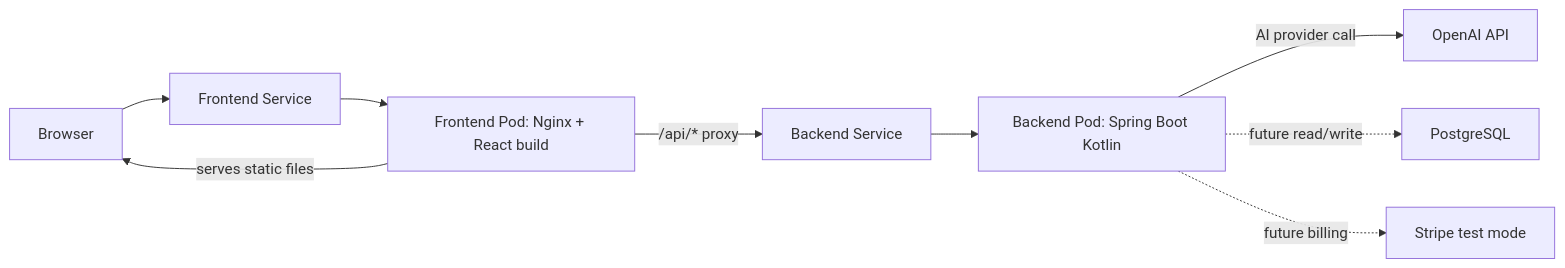
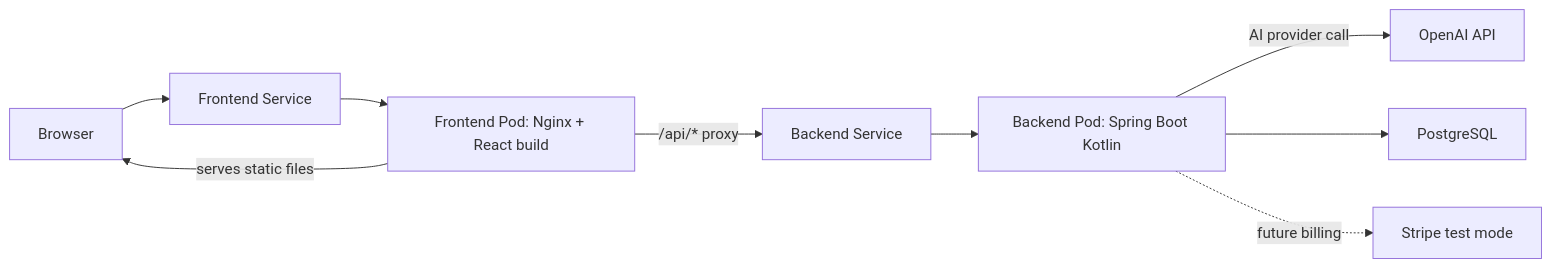
One commit to deepanrajj/ai-job-assistant changed the first of 3 diagrams in docs/infrastructure.md. Above: the diagram before and after it, drawn with Mermaid. The commit also changed other lines of this file and 11 other files, not shown here.

````diff
--- a/docs/infrastructure.md
+++ b/docs/infrastructure.md
@@ -7,11 +7,11 @@
 ```mermaid
 flowchart LR
   Browser["Browser"] --> FrontendService["Frontend Service"]
   FrontendService --> FrontendPod["Frontend Pod: Nginx + React build"]
   FrontendPod -->|"serves static files"| Browser
   FrontendPod -->|"/api/* proxy"| BackendService["Backend Service"]
   BackendService --> BackendPod["Backend Pod: Spring Boot Kotlin"]
   BackendPod -->|"AI provider call"| OpenAI["OpenAI API"]
-  BackendPod -. "future read/write" .-> Database["PostgreSQL"]
+  BackendPod --> Database["PostgreSQL"]
   BackendPod -. "future billing" .-> Stripe["Stripe test mode"]
 ```
````
